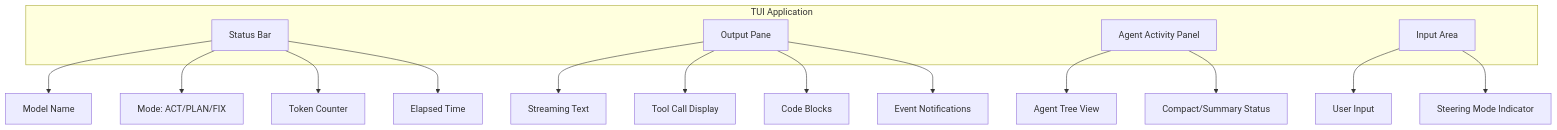
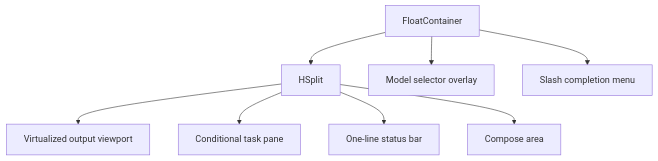
The diagram in packages/yaacli/spec/06-ui-layout.md (Wh1isper/ya-agent-sdk), drawn with Mermaid before and after one commit. The commit also changed other lines of this file and 41 other files, not shown here.

````diff
--- a/packages/yaacli/spec/06-ui-layout.md
+++ b/packages/yaacli/spec/06-ui-layout.md
@@ -31,25 +9,19 @@
 ```mermaid
 graph TB
-    subgraph "TUI Application"
-        StatusBar[Status Bar]
-        OutputPane[Output Pane]
-        AgentPanel[Agent Activity Panel]
-        InputArea[Input Area]
-    end
+    Root[FloatContainer]
+    Body[HSplit]
+    Output[Virtualized output viewport]
+    Tasks[Conditional task pane]
+    Status[One-line status bar]
+    Input[Compose area]
+    Model[Model selector overlay]
+    Completion[Slash completion menu]
 
-    StatusBar --> ModelInfo[Model Name]
-    StatusBar --> ModeIndicator[Mode: ACT/PLAN/FIX]
-    StatusBar --> TokenUsage[Token Counter]
-    StatusBar --> Timer[Elapsed Time]
-
-    OutputPane --> TextStream[Streaming Text]
-    OutputPane --> ToolCalls[Tool Call Display]
-    OutputPane --> CodeBlocks[Code Blocks]
-    OutputPane --> Events[Event Notifications]
-
-    AgentPanel --> AgentTree[Agent Tree View]
-    AgentPanel --> CompactStatus[Compact/Summary Status]
-
-    InputArea --> PromptInput[User Input]
-    InputArea --> SteeringIndicator[Steering Mode Indicator]
+    Root --> Body
+    Root --> Model
+    Root --> Completion
+    Body --> Output
+    Body --> Tasks
+    Body --> Status
+    Body --> Input
 ```
````
